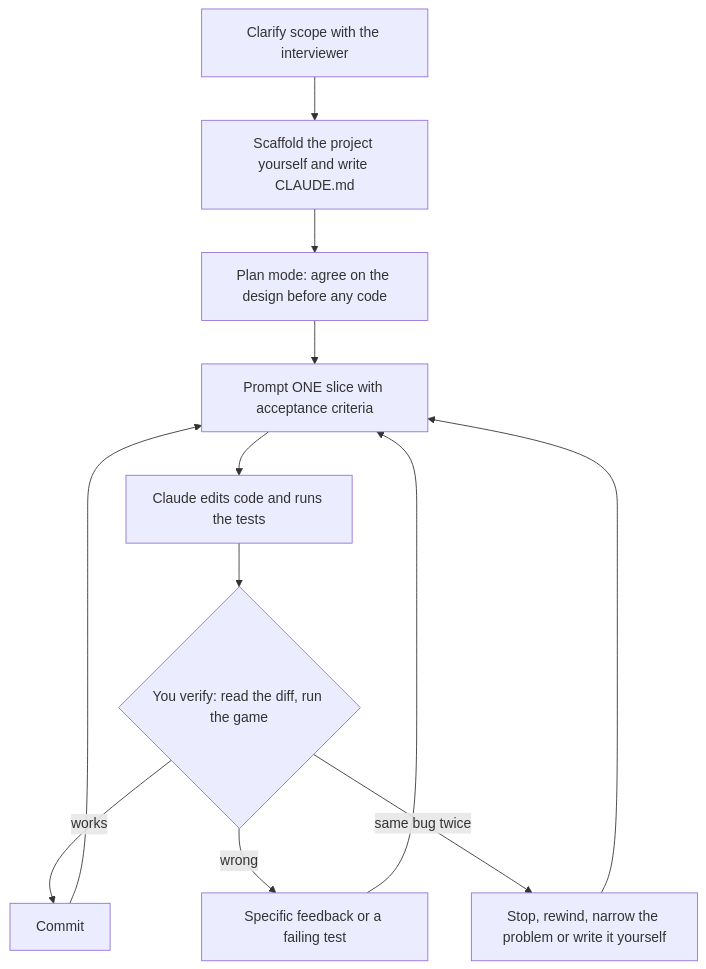
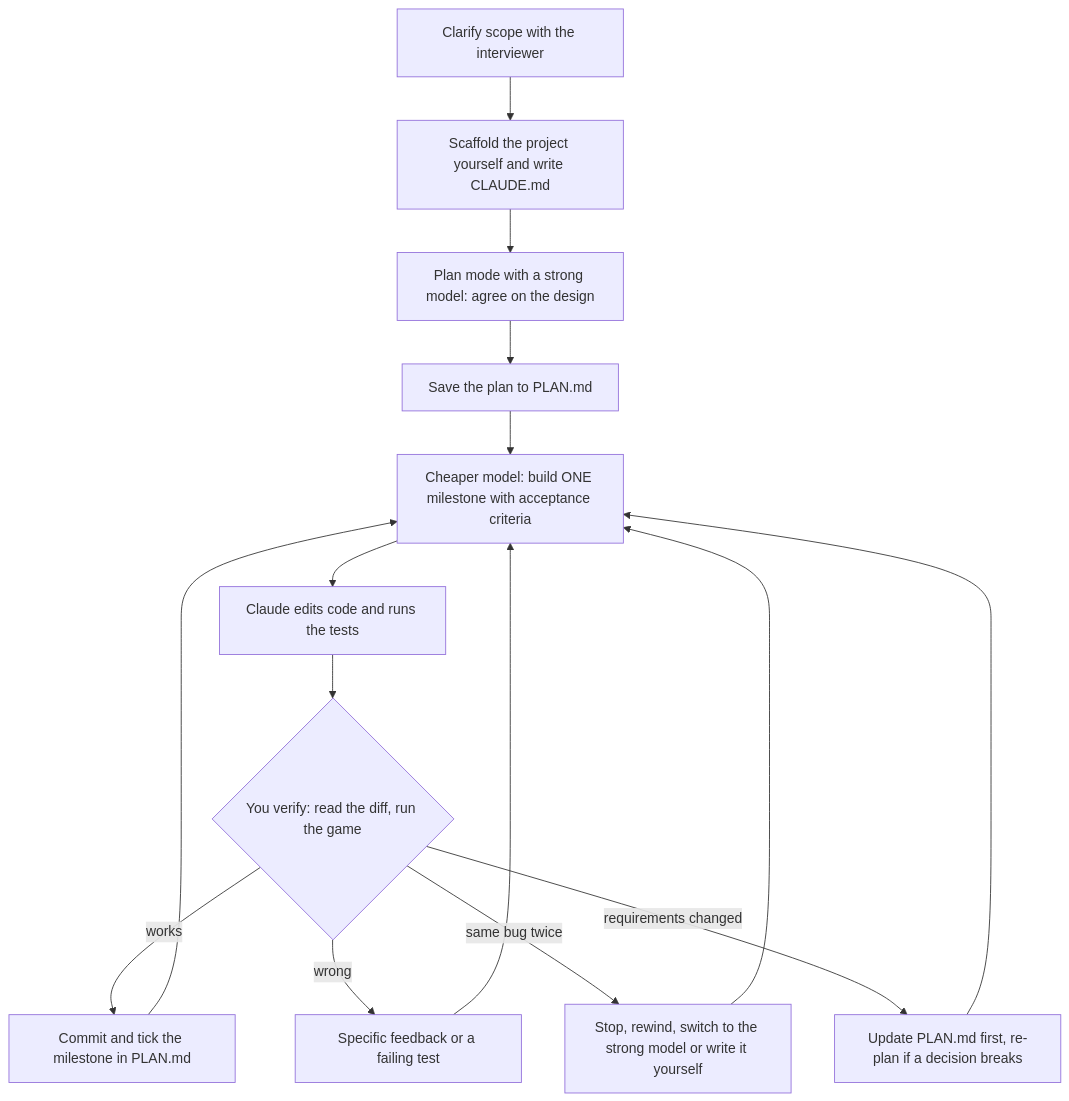
One commit to matiastulli/software-engineering-studybook changed the first of 2 diagrams in theory/ai/llm-prompting-and-evals.md. Above: the diagram before and after it, drawn with Mermaid. The commit also changed other lines of this file and 2 other files, not shown here.

````diff
--- a/theory/ai/llm-prompting-and-evals.md
+++ b/theory/ai/llm-prompting-and-evals.md
@@ -34,11 +35,13 @@
 ```mermaid
 flowchart TD
     A[Clarify scope with the interviewer] --> B[Scaffold the project yourself and write CLAUDE.md]
-    B --> P[Plan mode: agree on the design before any code]
-    P --> C[Prompt ONE slice with acceptance criteria]
+    B --> P[Plan mode with a strong model: agree on the design]
+    P --> PL[Save the plan to PLAN.md]
+    PL --> C[Cheaper model: build ONE milestone with acceptance criteria]
     C --> D[Claude edits code and runs the tests]
     D --> E{You verify: read the diff, run the game}
-    E -->|works| F[Commit] --> C
+    E -->|works| F[Commit and tick the milestone in PLAN.md] --> C
     E -->|wrong| G[Specific feedback or a failing test] --> C
-    E -->|same bug twice| H[Stop, rewind, narrow the problem or write it yourself] --> C
+    E -->|same bug twice| H[Stop, rewind, switch to the strong model or write it yourself] --> C
+    E -->|requirements changed| R[Update PLAN.md first, re-plan if a decision breaks] --> C
 ```
````
